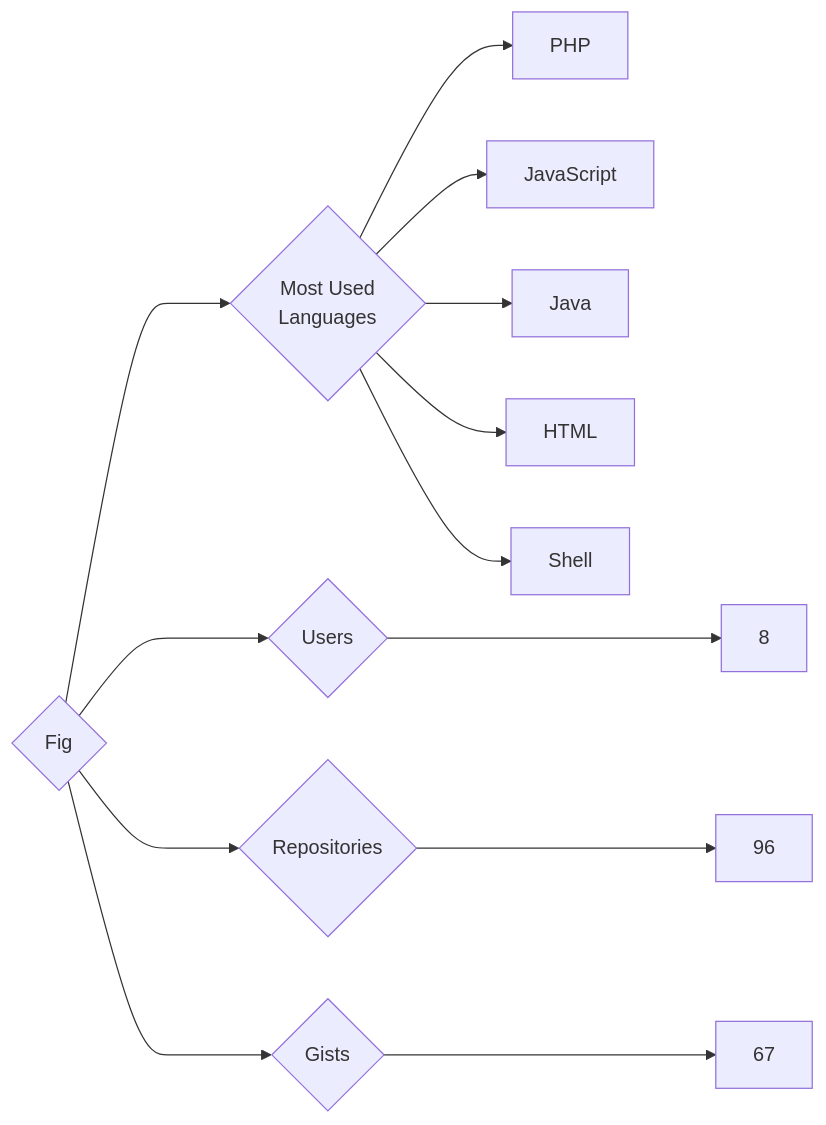
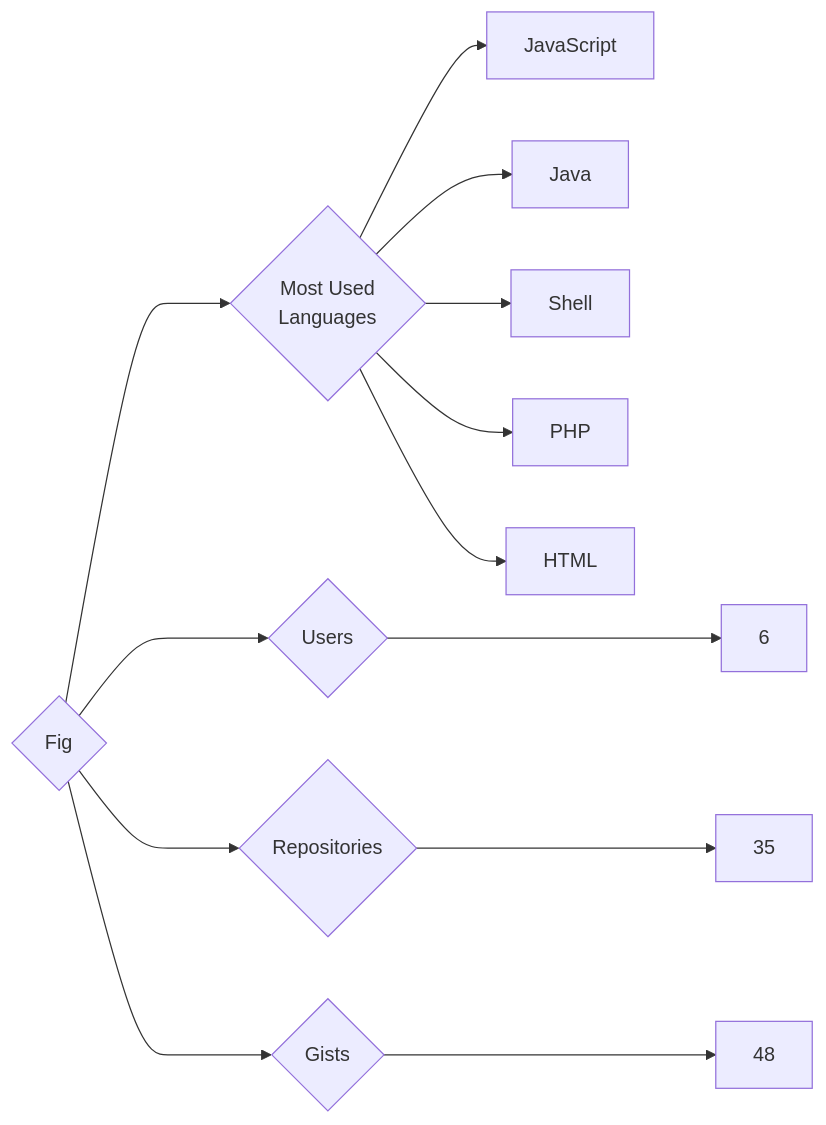
Before and after one commit to trickest/insiders: the diagram in targets/Fig/README.md, drawn with Mermaid. The commit also changed 933 other files, not shown here.

````diff
--- a/targets/Fig/README.md
+++ b/targets/Fig/README.md
@@ -3,13 +3,13 @@
 ```mermaid
 graph LR
 COMPANY_NAME{Fig}
-COMPANY_NAME ---> U{Users} ---> UN[8]
-COMPANY_NAME ---> R{Repositories} ---> RN[96]
-COMPANY_NAME ---> G{Gists} ---> GN[67]
+COMPANY_NAME ---> U{Users} ---> UN[6]
+COMPANY_NAME ---> R{Repositories} ---> RN[35]
+COMPANY_NAME ---> G{Gists} ---> GN[48]
 COMPANY_NAME ---> ML{Most Used<br>Languages}
-ML --> PHP[PHP]
 ML --> JavaScript[JavaScript]
 ML --> Java[Java]
+ML --> Shell[Shell]
+ML --> PHP[PHP]
 ML --> HTML[HTML]
-ML --> Shell[Shell]
 ```
````
